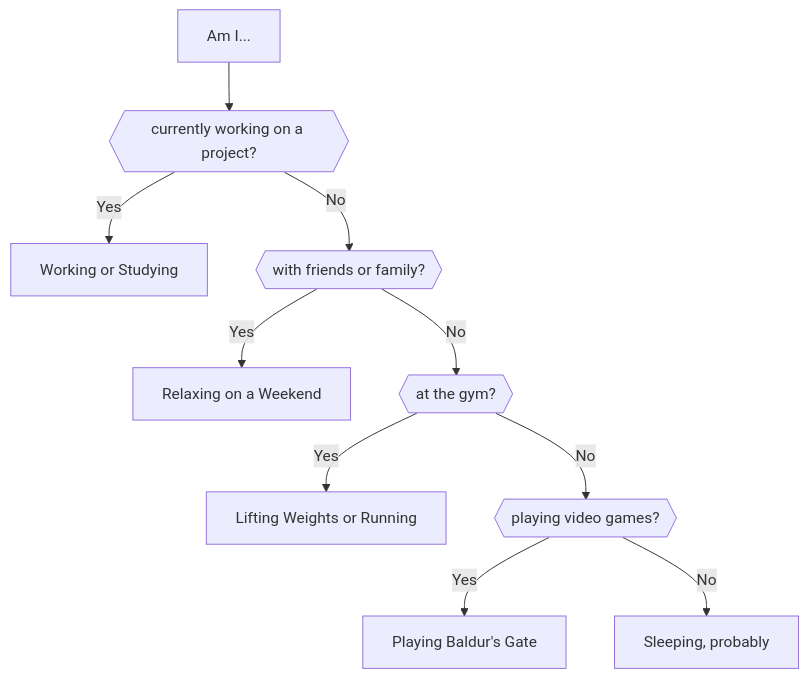
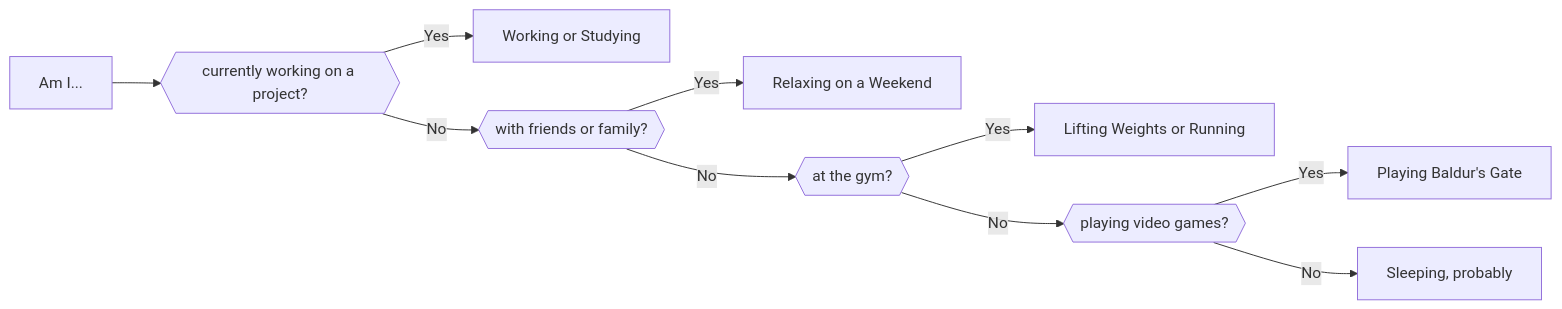
Before and after one commit to jfcastro-dev/jfcastro-dev: the diagram in README.md, drawn with Mermaid.

````diff
--- a/README.md
+++ b/README.md
@@ -9,14 +9,14 @@
 ```mermaid
-flowchart TD
+flowchart LR
 
 A[Am I...]
 A --> B{{currently working on a project?}}
 B -->|Yes| C[Working or Studying]
 B -->|No| D{{with friends or family?}}
 D -->|Yes| E[Relaxing on a Weekend]
 D -->|No| F{{at the gym?}}
 F -->|Yes| G[Lifting Weights or Running]
 F -->|No| H{{playing video games?}}
 H -->|Yes| I[Playing Baldur's Gate]
 H -->|No| J[Sleeping, probably]
 ```
````
